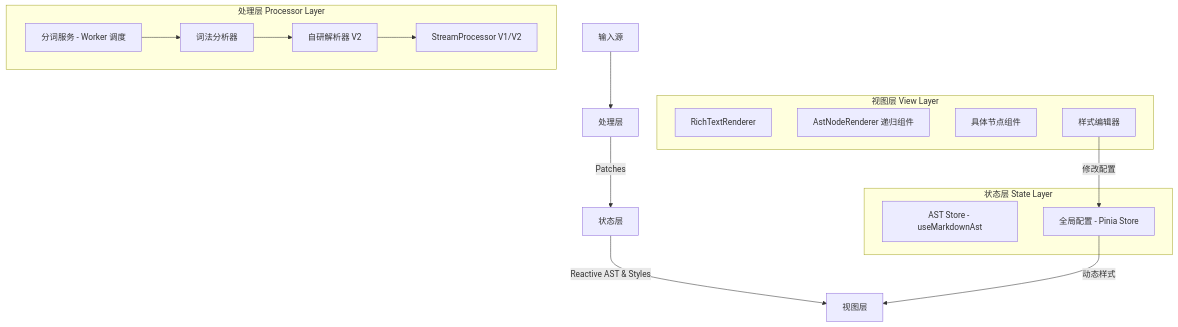
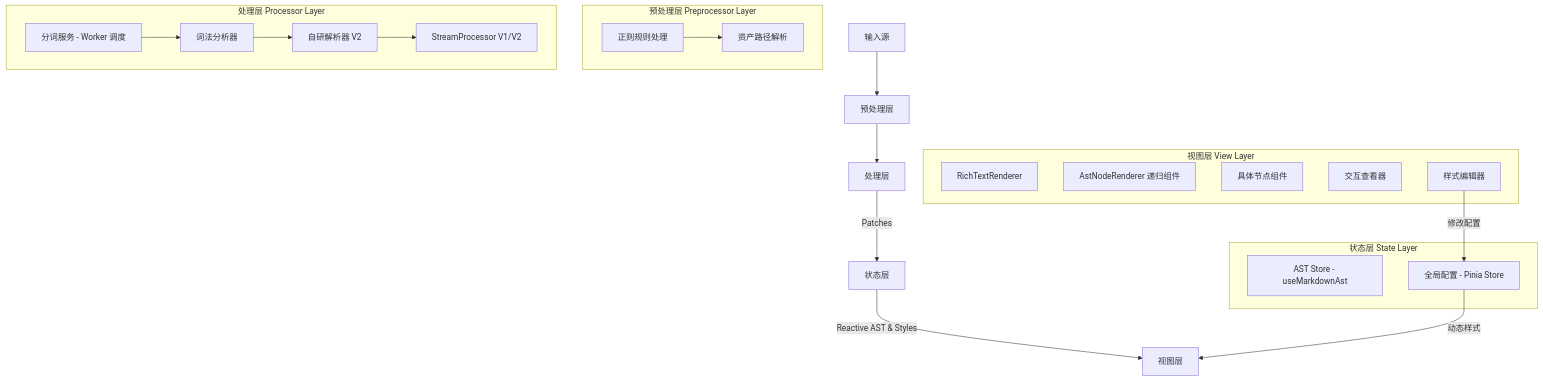
Before and after one commit to miaotouy/aio-hub: the diagram in src/tools/rich-text-renderer/ARCHITECTURE.md, drawn with Mermaid. The commit also changed other lines of this file, not shown here.

First line of the commit message:
docs(rich-text-renderer): 更新 ARCHITECTURE.md 文档

````diff
--- a/src/tools/rich-text-renderer/ARCHITECTURE.md
+++ b/src/tools/rich-text-renderer/ARCHITECTURE.md
@@ -19,33 +19,42 @@
 ```mermaid
 graph TD
-    Input[输入源] --> Processor[处理层]
+    Input[输入源] --> Preprocessor[预处理层]
+
+    subgraph PreprocessorLayer[预处理层 Preprocessor Layer]
+        RegexRules[正则规则处理]
+        AssetResolver[资产路径解析]
+        RegexRules --> AssetResolver
+    end
+
+    Preprocessor --> Processor[处理层]
 
     subgraph ProcessorLayer[处理层 Processor Layer]
         Tokenizer[词法分析器]
         TokenizerService[分词服务 - Worker 调度]
         CustomParser[自研解析器 V2]
         StreamProcessor[StreamProcessor V1/V2]
         TokenizerService --> Tokenizer
         Tokenizer --> CustomParser
         CustomParser --> StreamProcessor
     end
 
     Processor -->|Patches| State[状态层]
 
     subgraph StateLayer[状态层 State Layer]
         Store[AST Store - useMarkdownAst]
         Config[全局配置 - Pinia Store]
     end
 
     State -->|Reactive AST & Styles| View[视图层]
 
     subgraph ViewLayer[视图层 View Layer]
         Root[RichTextRenderer]
         NodeRenderer[AstNodeRenderer 递归组件]
         Components[具体节点组件]
+        Viewers[交互查看器]
         StyleEditor[样式编辑器]
     end
 
     Config -- 动态样式 --> View
     StyleEditor -- 修改配置 --> Config
 ```
````
